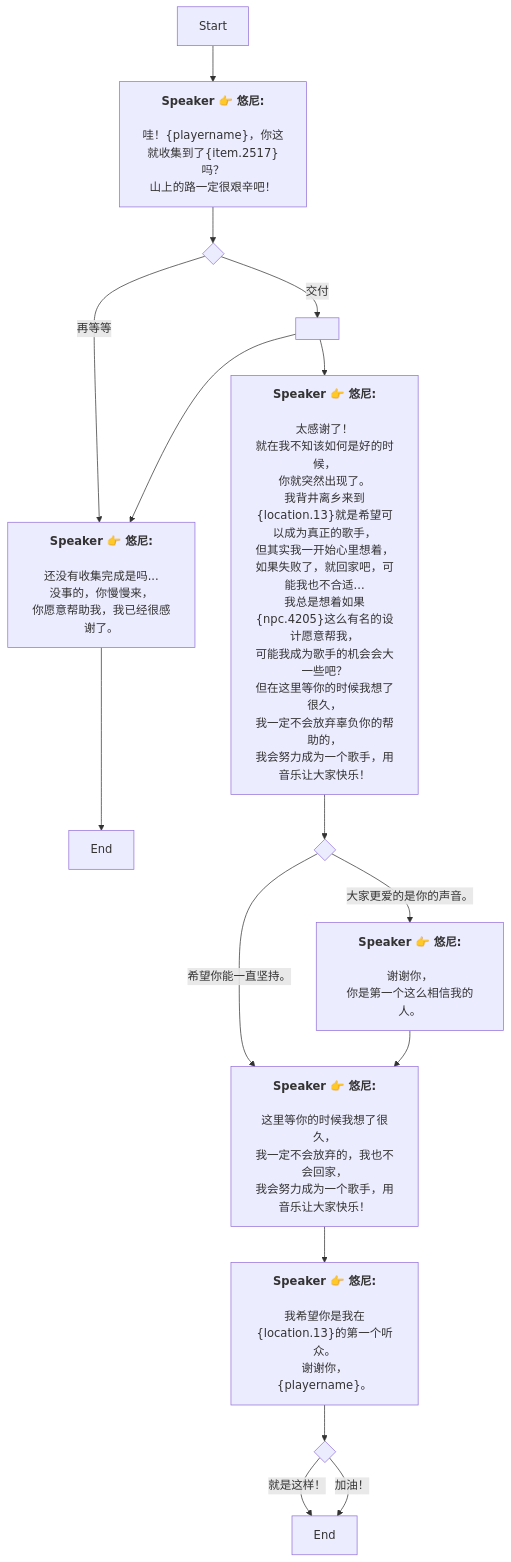
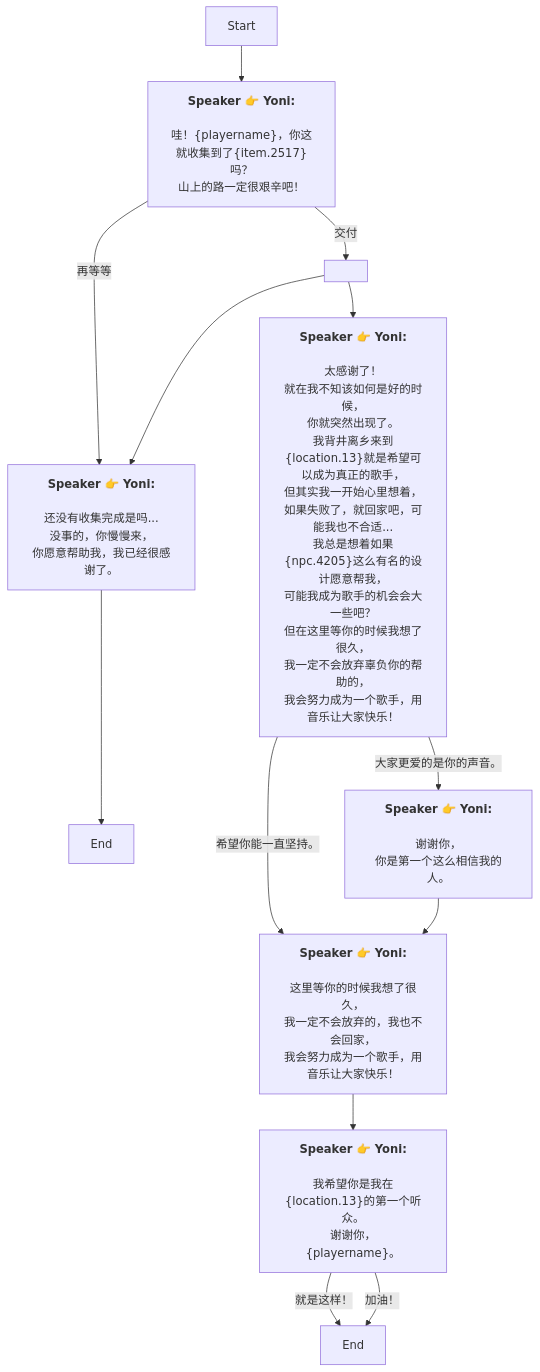
The diagram in Zh/QuestNPCDeliveryENode_1767747430516702.md (SoftHu/tos_avg), drawn with Mermaid before and after one commit. The commit also changed 737 other files, not shown here.

````diff
--- a/Zh/QuestNPCDeliveryENode_1767747430516702.md
+++ b/Zh/QuestNPCDeliveryENode_1767747430516702.md
@@ -1,57 +1,42 @@
 ```mermaid
 graph
-Start -->1767747552452602[<b>Speaker 👉 悠尼:</b>
-
-哇！&lbrace;playername&rbrace;，你这就收集到了&lbrace;item.2517&rbrace;吗？
+Start -->1767747552452602[<b>Speaker 👉 Yoni:</b>
+\n哇！&lbrace;playername&rbrace;，你这就收集到了&lbrace;item.2517&rbrace;吗？
 山上的路一定很艰辛吧！]
-1767747552452602 -->1767747552453629{ }
-1767747552453629 -->|再等等|1767747552455678[<b>Speaker 👉 悠尼:</b>
-
-还没有收集完成是吗...
+1767747552452602 -->|再等等|1767747552455678[<b>Speaker 👉 Yoni:</b>
+\n还没有收集完成是吗...
 没事的，你慢慢来，
 你愿意帮助我，我已经很感谢了。]
-1767747552453629 -->|交付|1767747871150114[ ]
+1767747552452602 -->|交付|1767747871150114[ ]
 1767747552455678 -->1767747552455679[End]
-1767747871150114 -->1767747552455678[<b>Speaker 👉 悠尼:</b>
-
-还没有收集完成是吗...
+1767747871150114 -->1767747552455678[<b>Speaker 👉 Yoni:</b>
+\n还没有收集完成是吗...
 没事的，你慢慢来，
 你愿意帮助我，我已经很感谢了。]
-1767747871150114 -->1767747552459777[<b>Speaker 👉 悠尼:</b>
-
-太感谢了！
+1767747871150114 -->1767747552459777[<b>Speaker 👉 Yoni:</b>
+\n太感谢了！
 就在我不知该如何是好的时候，
-你就突然出现了。
-我背井离乡来到&lbrace;location.13&rbrace;就是希望可以成为真正的歌手，
+你就突然出现了。\n我背井离乡来到&lbrace;location.13&rbrace;就是希望可以成为真正的歌手，
 但其实我一开始心里想着，
-如果失败了，就回家吧，可能我也不合适...
-我总是想着如果&lbrace;npc.4205&rbrace;这么有名的设计愿意帮我，
-可能我成为歌手的机会会大一些吧？
-但在这里等你的时候我想了很久，
+如果失败了，就回家吧，可能我也不合适...\n我总是想着如果&lbrace;npc.4205&rbrace;这么有名的设计愿意帮我，
+可能我成为歌手的机会会大一些吧？\n但在这里等你的时候我想了很久，
 我一定不会放弃辜负你的帮助的，
 我会努力成为一个歌手，用音乐让大家快乐！]
-1767747552459777 -->1767747552461828{ }
-1767747552461828 -->|希望你能一直坚持。|1767747552464902[<b>Speaker 👉 悠尼:</b>
-
-这里等你的时候我想了很久，
+1767747552459777 -->|希望你能一直坚持。|1767747552464902[<b>Speaker 👉 Yoni:</b>
+\n这里等你的时候我想了很久，
 我一定不会放弃的，我也不会回家，
 我会努力成为一个歌手，用音乐让大家快乐！]
-1767747552461828 -->|大家更爱的是你的声音。|1767747552471053[<b>Speaker 👉 悠尼:</b>
-
-谢谢你，
+1767747552459777 -->|大家更爱的是你的声音。|1767747552471053[<b>Speaker 👉 Yoni:</b>
+\n谢谢你，
 你是第一个这么相信我的人。]
-1767747552464902 -->1767747552466951[<b>Speaker 👉 悠尼:</b>
-
-我希望你是我在&lbrace;location.13&rbrace;的第一个听众。
-谢谢你，
+1767747552464902 -->1767747552466951[<b>Speaker 👉 Yoni:</b>
+\n我希望你是我在&lbrace;location.13&rbrace;的第一个听众。\n谢谢你，
 &lbrace;playername&rbrace;。]
-1767747552466951 -->1767747552467978{ }
-1767747552467978 -->|就是这样！|1767747552469003[End]
-1767747552467978 -->|加油！|1767747552469003[End]
-1767747552471053 -->1767747552464902[<b>Speaker 👉 悠尼:</b>
-
-这里等你的时候我想了很久，
+1767747552466951 -->|就是这样！|1767747552469003[End]
+1767747552466951 -->|加油！|1767747552469003[End]
+1767747552471053 -->1767747552464902[<b>Speaker 👉 Yoni:</b>
+\n这里等你的时候我想了很久，
 我一定不会放弃的，我也不会回家，
 我会努力成为一个歌手，用音乐让大家快乐！]
 
- ```
+```
````
